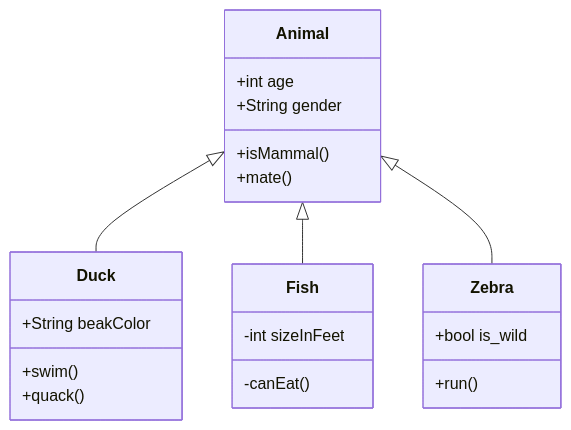
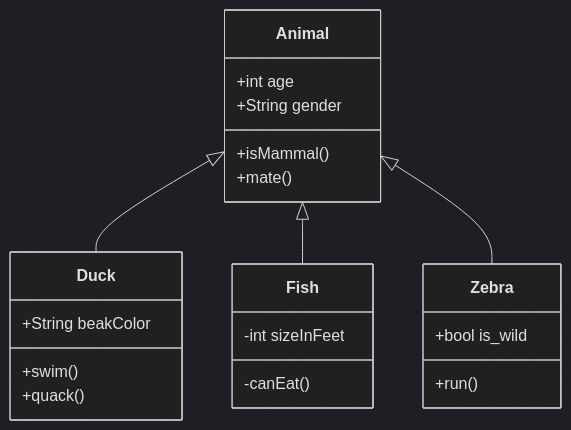
Before and after one commit to tinacms/tinacms: the fifth of 5 diagrams in examples/next-2024/content/posts/hello-world.mdx, drawn with Mermaid. The commit also changed other lines of this file and 8 other files, not shown here.

Commit message:
add mermaid example to example project

````diff
--- a/examples/next-2024/content/posts/hello-world.mdx
+++ b/examples/next-2024/content/posts/hello-world.mdx
@@ -32,27 +68,27 @@
 ```mermaid
 ---
 config:
-  theme: light
+  theme: dark
 ---
 classDiagram
 Animal <|-- Duck
 Animal <|-- Fish
 Animal <|-- Zebra
 Animal : +int age
 Animal : +String gender
 Animal: +isMammal()
 Animal: +mate()
 class Duck{
   +String beakColor
   +swim()
   +quack()
 }
 class Fish{
   -int sizeInFeet
   -canEat()
 }
 class Zebra{
   +bool is_wild
   +run()
 }
 ```
````
